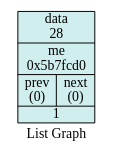
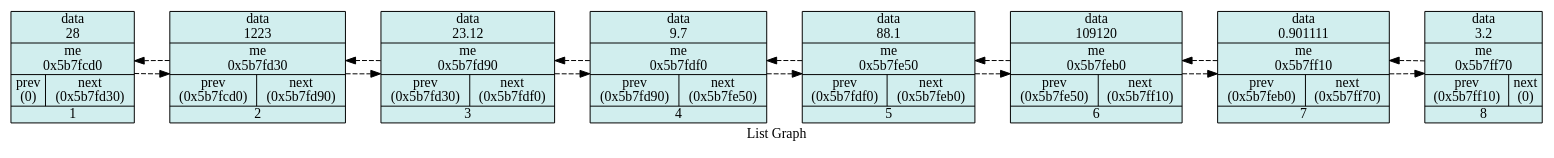
The diagram in 5_list/txt/graph_list.dot (StaVan28/iLab), drawn with Graphviz before and after one commit. The commit also changed 6 other files, not shown here.

```diff
--- a/5_list/txt/graph_list.dot
+++ b/5_list/txt/graph_list.dot
@@ -1,11 +1,32 @@
 digraph List {
 
 	node [shape = "circle", style = "filled", fillcolor = "salmon1", fontcolor = "#000000", margin = "0.01"];
 	edge [style = "dashed"];
 	rankdir = "LR"
 
 	label = "List Graph";
 
-	"V0x5b7fcd0"[shape = "record", fillcolor="lightcyan2", label = "    data\n28 |    me\n0x5b7fcd0 | {prev\n(0) |  next\n(0)} | <f0> 1"];
+	"V0x5b7fcd0"[shape = "record", fillcolor="lightcyan2", label = "    data\n28 |    me\n0x5b7fcd0 | {prev\n(0) |  next\n(0x5b7fd30)} | <f0> 1"];
+	"V0x5b7fd30"[shape = "record", fillcolor="lightcyan2", label = "    data\n1223 |    me\n0x5b7fd30 | {prev\n(0x5b7fcd0) |  next\n(0x5b7fd90)} | <f0> 2"];
+	"V0x5b7fd90"[shape = "record", fillcolor="lightcyan2", label = "    data\n23.12 |    me\n0x5b7fd90 | {prev\n(0x5b7fd30) |  next\n(0x5b7fdf0)} | <f0> 3"];
+	"V0x5b7fdf0"[shape = "record", fillcolor="lightcyan2", label = "    data\n9.7 |    me\n0x5b7fdf0 | {prev\n(0x5b7fd90) |  next\n(0x5b7fe50)} | <f0> 4"];
+	"V0x5b7fe50"[shape = "record", fillcolor="lightcyan2", label = "    data\n88.1 |    me\n0x5b7fe50 | {prev\n(0x5b7fdf0) |  next\n(0x5b7feb0)} | <f0> 5"];
+	"V0x5b7feb0"[shape = "record", fillcolor="lightcyan2", label = "    data\n109120 |    me\n0x5b7feb0 | {prev\n(0x5b7fe50) |  next\n(0x5b7ff10)} | <f0> 6"];
+	"V0x5b7ff10"[shape = "record", fillcolor="lightcyan2", label = "    data\n0.901111 |    me\n0x5b7ff10 | {prev\n(0x5b7feb0) |  next\n(0x5b7ff70)} | <f0> 7"];
+	"V0x5b7ff70"[shape = "record", fillcolor="lightcyan2", label = "    data\n3.2 |    me\n0x5b7ff70 | {prev\n(0x5b7ff10) |  next\n(0)} | <f0> 8"];
 
+	"V0x5b7ff10"->"V0x5b7ff70";
+	"V0x5b7feb0"->"V0x5b7ff10";
+	"V0x5b7fe50"->"V0x5b7feb0";
+	"V0x5b7fdf0"->"V0x5b7fe50";
+	"V0x5b7fd90"->"V0x5b7fdf0";
+	"V0x5b7fd30"->"V0x5b7fd90";
+	"V0x5b7fcd0"->"V0x5b7fd30";
+	"V0x5b7fd30"->"V0x5b7fcd0";
+	"V0x5b7fd90"->"V0x5b7fd30";
+	"V0x5b7fdf0"->"V0x5b7fd90";
+	"V0x5b7fe50"->"V0x5b7fdf0";
+	"V0x5b7feb0"->"V0x5b7fe50";
+	"V0x5b7ff10"->"V0x5b7feb0";
+	"V0x5b7ff70"->"V0x5b7ff10";
 }
```
